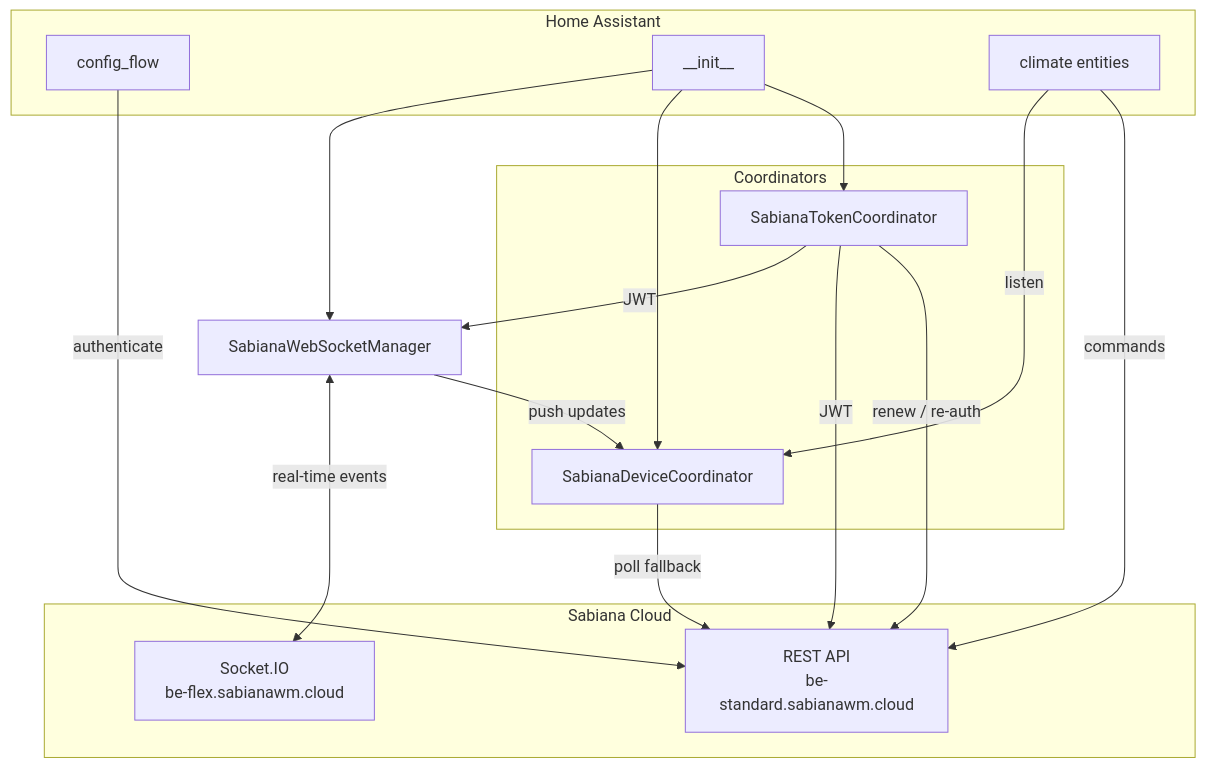
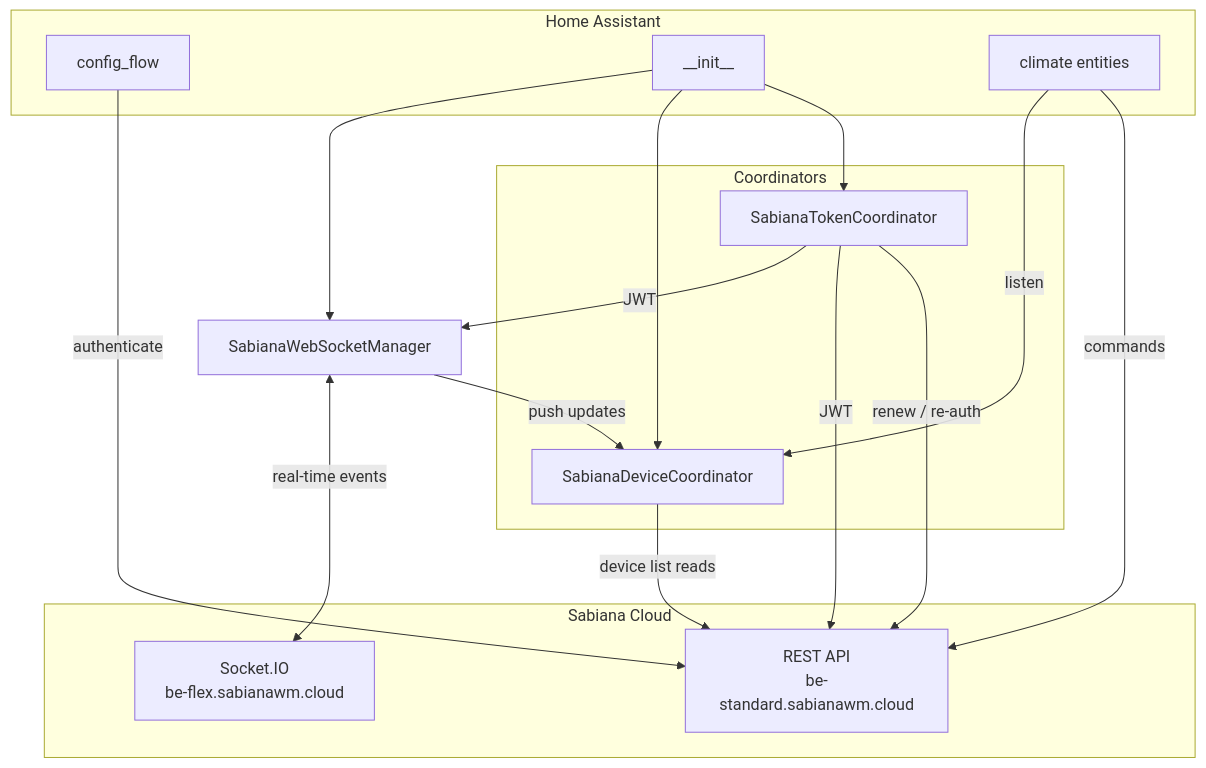
The diagram in ARCHITECTURE.md (edoeel/homeassistant-sabiana-hvac), drawn with Mermaid before and after one commit. The commit also changed other lines of this file and 1 other file, not shown here.

````diff
--- a/ARCHITECTURE.md
+++ b/ARCHITECTURE.md
@@ -39,31 +40,31 @@
 ```mermaid
 flowchart TB
     subgraph HA["Home Assistant"]
         CF[config_flow]
         INIT[__init__]
         CLIMATE[climate entities]
     end
 
     subgraph Coordinators
         TC[SabianaTokenCoordinator]
         DC[SabianaDeviceCoordinator]
     end
 
     subgraph Cloud["Sabiana Cloud"]
         REST[REST API\nbe-standard.sabianawm.cloud]
         WS[Socket.IO\nbe-flex.sabianawm.cloud]
     end
 
     CF -->|authenticate| REST
     INIT --> TC
     INIT --> DC
     INIT --> WSM[SabianaWebSocketManager]
     WSM <-->|real-time events| WS
-    DC -->|poll fallback| REST
+    DC -->|device list reads| REST
     TC -->|renew / re-auth| REST
     CLIMATE -->|commands| REST
     CLIMATE -->|listen| DC
     WSM -->|push updates| DC
     TC -->|JWT| REST
     TC -->|JWT| WSM
 ```
````
